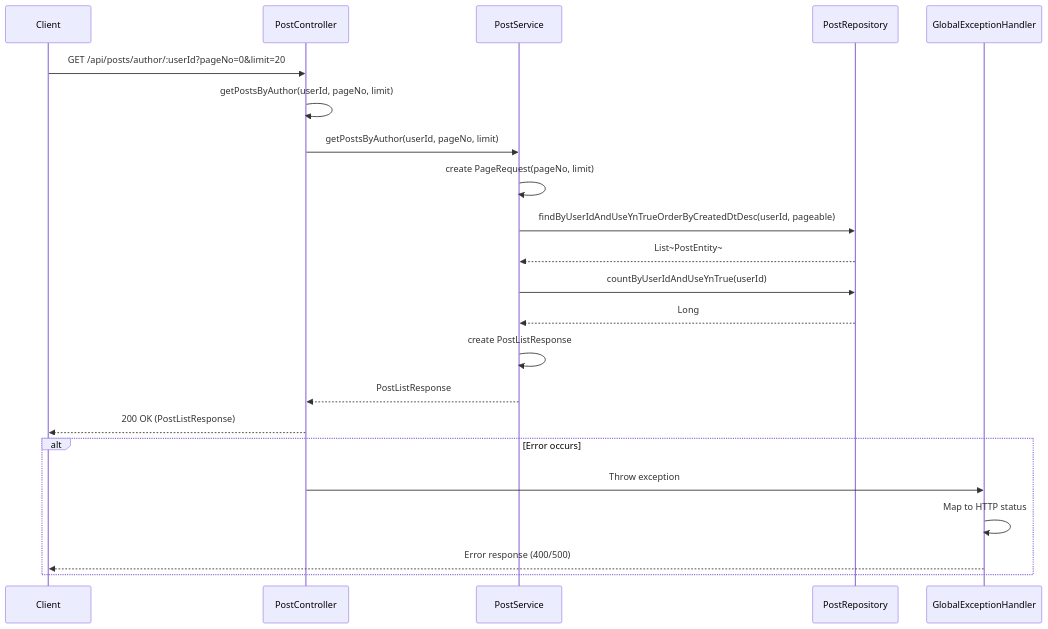
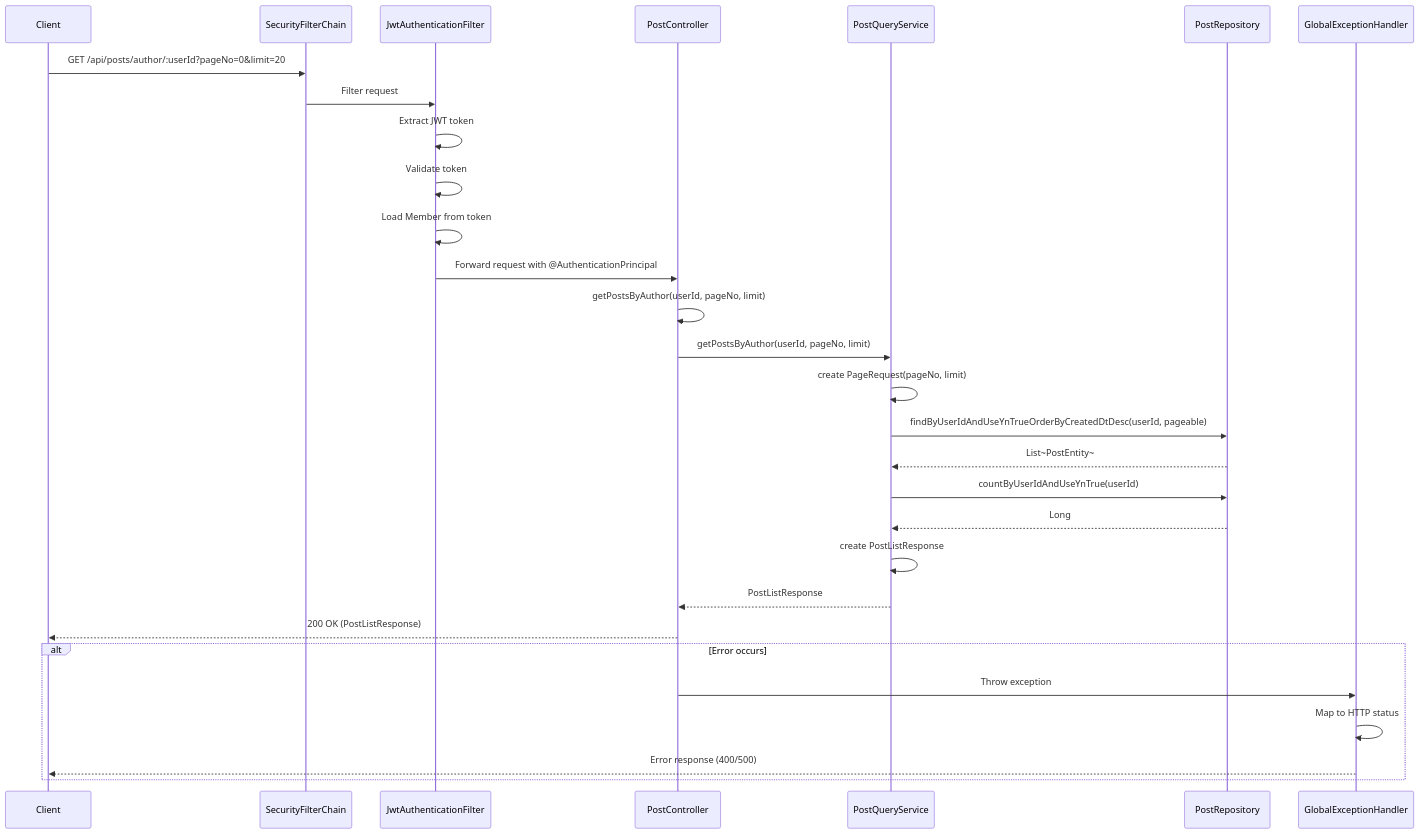
Before and after one commit to RKS-t/JungleBook: the diagram in doc/post/PostController/getPostsByAuthor-sequence.md, drawn with Mermaid. The commit also changed 18 other files, not shown here.

First line of the commit message:
docs: update Mermaid charts for CQRS services

````diff
--- a/doc/post/PostController/getPostsByAuthor-sequence.md
+++ b/doc/post/PostController/getPostsByAuthor-sequence.md
@@ -3,32 +3,39 @@
 ```mermaid
 sequenceDiagram
     participant Client
+    participant SecurityFilterChain
+    participant JwtAuthenticationFilter
     participant PostController
-    participant PostService
+    participant PostQueryService
     participant PostRepository
     participant GlobalExceptionHandler
     
-    Client->>PostController: GET /api/posts/author/:userId?pageNo=0&limit=20
+    Client->>SecurityFilterChain: GET /api/posts/author/:userId?pageNo=0&limit=20
+    SecurityFilterChain->>JwtAuthenticationFilter: Filter request
+    JwtAuthenticationFilter->>JwtAuthenticationFilter: Extract JWT token
+    JwtAuthenticationFilter->>JwtAuthenticationFilter: Validate token
+    JwtAuthenticationFilter->>JwtAuthenticationFilter: Load Member from token
+    JwtAuthenticationFilter->>PostController: Forward request with @AuthenticationPrincipal
     
     PostController->>PostController: getPostsByAuthor(userId, pageNo, limit)
-    PostController->>PostService: getPostsByAuthor(userId, pageNo, limit)
+    PostController->>PostQueryService: getPostsByAuthor(userId, pageNo, limit)
     
-    PostService->>PostService: create PageRequest(pageNo, limit)
+    PostQueryService->>PostQueryService: create PageRequest(pageNo, limit)
     
-    PostService->>PostRepository: findByUserIdAndUseYnTrueOrderByCreatedDtDesc(userId, pageable)
-    PostRepository-->>PostService: List~PostEntity~
+    PostQueryService->>PostRepository: findByUserIdAndUseYnTrueOrderByCreatedDtDesc(userId, pageable)
+    PostRepository-->>PostQueryService: List~PostEntity~
     
-    PostService->>PostRepository: countByUserIdAndUseYnTrue(userId)
-    PostRepository-->>PostService: Long
+    PostQueryService->>PostRepository: countByUserIdAndUseYnTrue(userId)
+    PostRepository-->>PostQueryService: Long
     
-    PostService->>PostService: create PostListResponse
-    PostService-->>PostController: PostListResponse
+    PostQueryService->>PostQueryService: create PostListResponse
+    PostQueryService-->>PostController: PostListResponse
     
     PostController-->>Client: 200 OK (PostListResponse)
     
     alt Error occurs
         PostController->>GlobalExceptionHandler: Throw exception
         GlobalExceptionHandler->>GlobalExceptionHandler: Map to HTTP status
         GlobalExceptionHandler-->>Client: Error response (400/500)
     end
 ```
````
